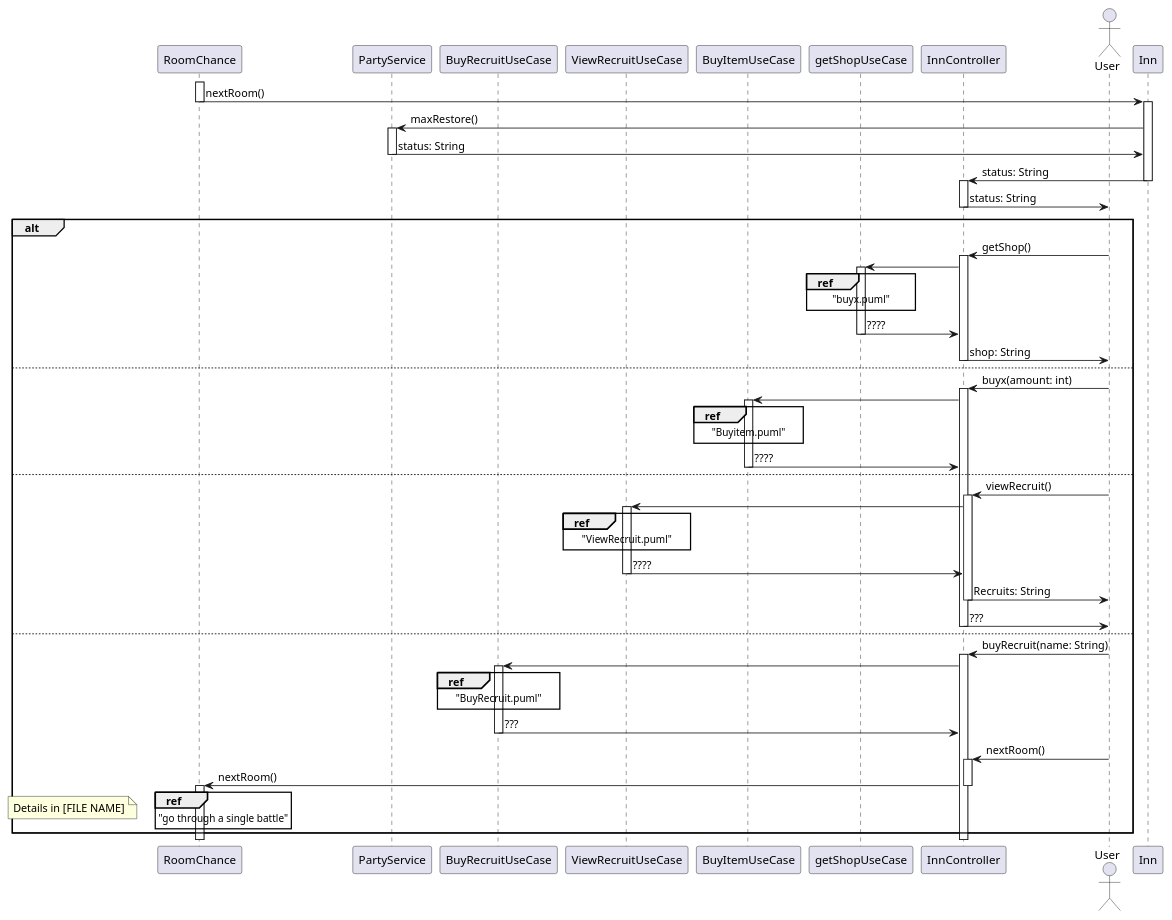
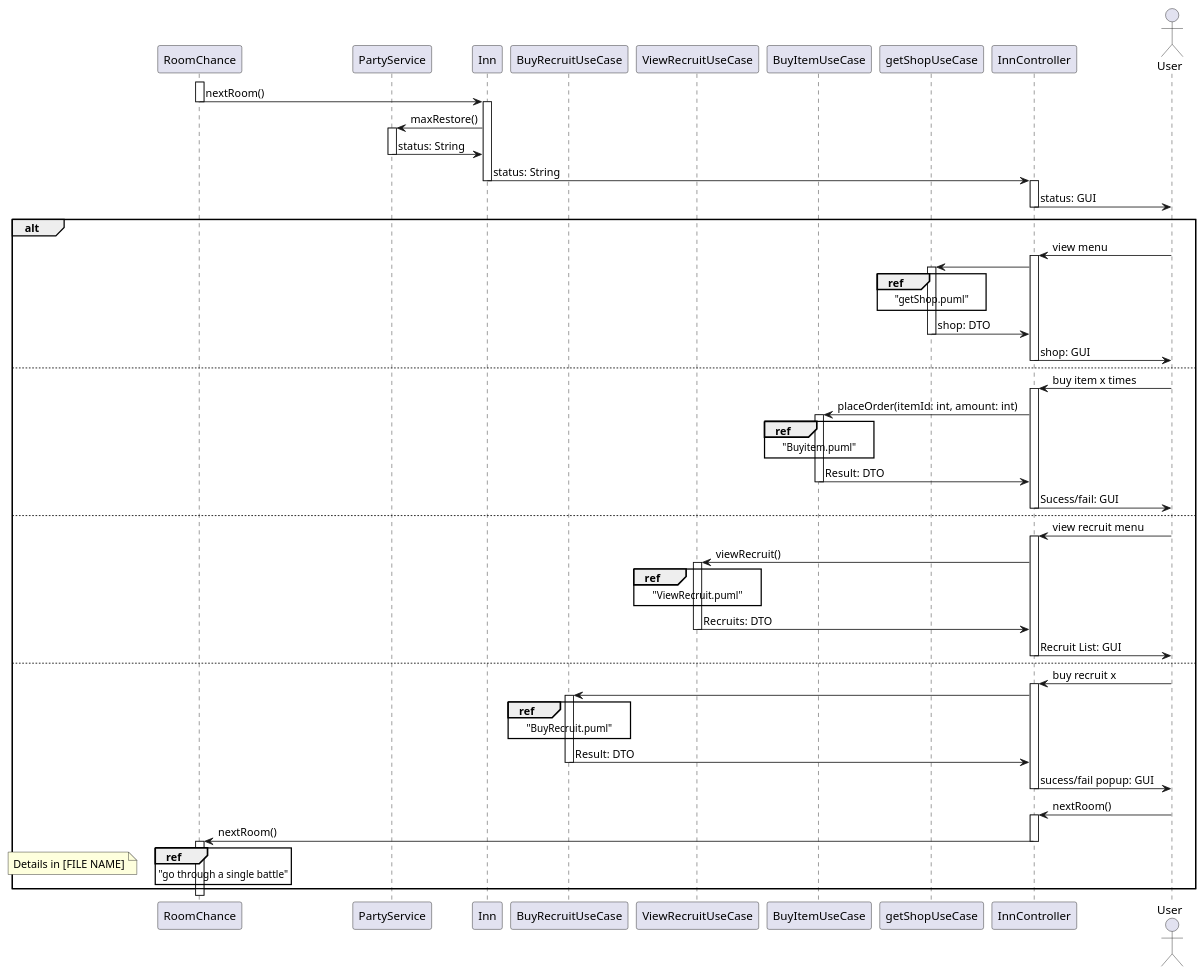
The diagram in rpg-legends/docs/uml/interact-with-inn.puml (JosefG50/2203-Legends-of-Sword-and-Wand), drawn with PlantUML before and after one commit. The commit also changed 5 other files, not shown here.

```diff
--- a/rpg-legends/docs/uml/interact-with-inn.puml
+++ b/rpg-legends/docs/uml/interact-with-inn.puml
@@ -1,100 +1,104 @@
-@startuml
+@startuml interact with Inn
 
 participant RoomChance
 
 ' Inn is concrete that the user 
 participant PartyService
+participant Inn
 participant BuyRecruitUseCase
 participant ViewRecruitUseCase
 participant BuyItemUseCase
 participant getShopUseCase
 participant InnController
 actor User
 
 
 ' RoomChance selects Inn
 activate RoomChance
 RoomChance -> Inn: nextRoom()
 deactivate RoomChance
 activate Inn
 
 Inn -> PartyService: maxRestore()
 activate PartyService
 
 
 PartyService -> Inn: status: String
 deactivate PartyService
 Inn -> InnController: status: String 
 deactivate Inn
 activate InnController
 
 
-InnController -> User: status: String
+InnController -> User: status: GUI
 deactivate InnController
 ' User given option to pick one of many different commands
 
 alt
 ' User wants to View Shop
-User -> InnController: getShop()
+User -> InnController: view menu
 activate InnController
 
 InnController -> getShopUseCase
 activate getShopUseCase
-ref over getShopUseCase:"buyx.puml"
-getShopUseCase -> InnController: ????
+ref over getShopUseCase:"getShop.puml"
+getShopUseCase -> InnController: shop: DTO
 deactivate getShopUseCase
-InnController -> User: shop: String
+InnController -> User: shop: GUI
 deactivate InnController
 
 else
 ' User attempts to buy item
-User -> InnController: buyx(amount: int)
+User -> InnController: buy item x times
 activate InnController
 ' Checks if they have enough gold
-InnController -> BuyItemUseCase
+InnController -> BuyItemUseCase: placeOrder(itemId: int, amount: int)
 activate BuyItemUseCase
 ref over BuyItemUseCase: "Buyitem.puml"
-BuyItemUseCase -> InnController: ????
+BuyItemUseCase -> InnController: Result: DTO
 deactivate BuyItemUseCase 
+InnController -> User: Sucess/fail: GUI
+deactivate InnController
+
 
 else
 
 ' view recuitment
-User -> InnController: viewRecruit()
+User -> InnController: view recruit menu
 activate InnController
-InnController -> ViewRecruitUseCase: 
+InnController -> ViewRecruitUseCase: viewRecruit()
 activate ViewRecruitUseCase
 ref over ViewRecruitUseCase: "ViewRecruit.puml"
-ViewRecruitUseCase -> InnController: ????
+ViewRecruitUseCase -> InnController: Recruits: DTO
 deactivate ViewRecruitUseCase
-InnController -> User: Recruits: String
-deactivate InnController
-InnController -> User: ???
+InnController -> User: Recruit List: GUI
 deactivate InnController
 
 else
 ' User attempts to recruit
-User -> InnController: buyRecruit(name: String)
+User -> InnController: buy recruit x
 activate InnController
 InnController -> BuyRecruitUseCase
 activate BuyRecruitUseCase
 ref over BuyRecruitUseCase: "BuyRecruit.puml"
 ' First, Attempts to buy Recruit
-BuyRecruitUseCase -> InnController: ???
+BuyRecruitUseCase -> InnController: Result: DTO
 deactivate BuyRecruitUseCase
+InnController -> User: sucess/fail popup: GUI
+deactivate InnController
 
 
 'Go to Next Room
 User -> InnController: nextRoom()
 activate InnController
 InnController -> RoomChance: nextRoom()
 deactivate InnController
 activate RoomChance
 
 ref over RoomChance:"go through a single battle"
     note left 
         Details in [FILE NAME]
     end note 
 deactivate RoomChance
 end
 @enduml
```
